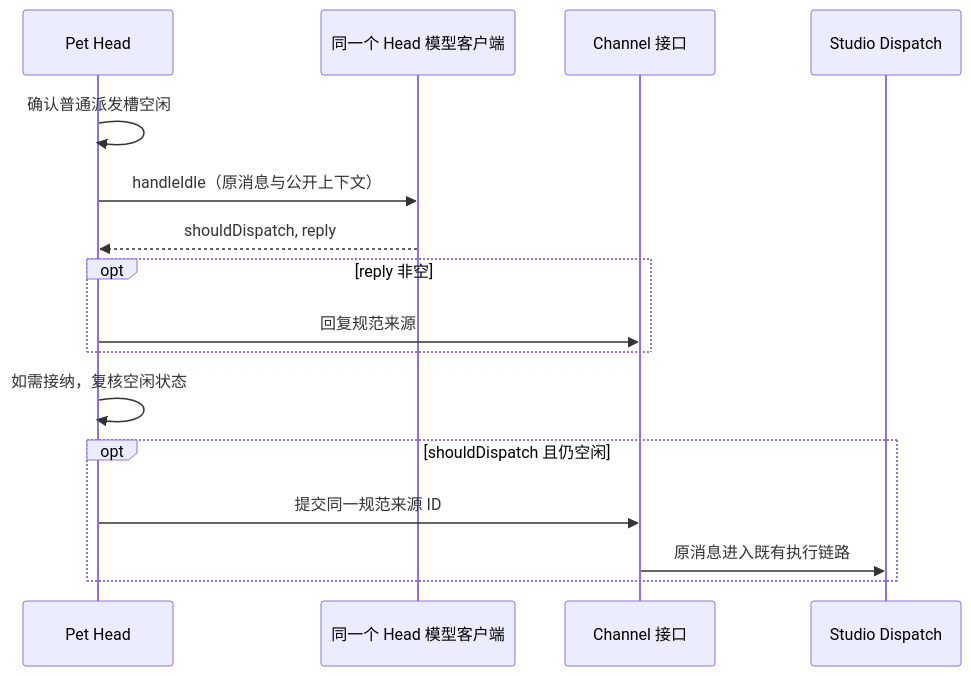
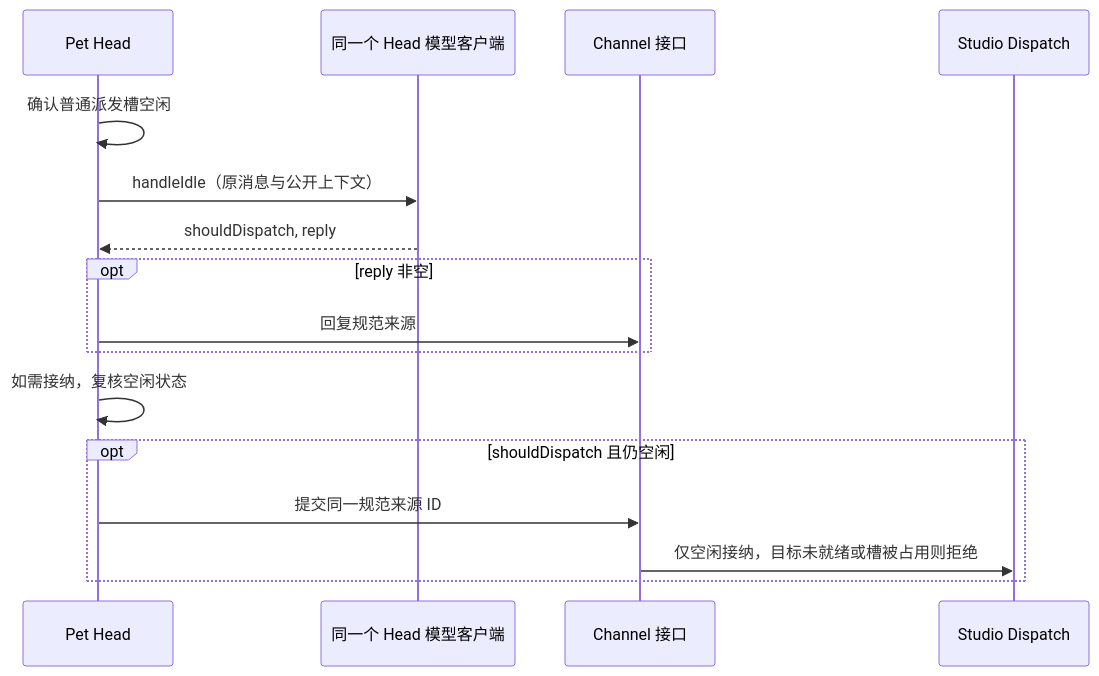
Before and after one commit to pinpawo/pinpawo-agent: the third of 5 diagrams in docs/design/studio/pet-head-mechanism.md, drawn with Mermaid. The commit also changed other lines of this file and 17 other files, not shown here.

````diff
--- a/docs/design/studio/pet-head-mechanism.md
+++ b/docs/design/studio/pet-head-mechanism.md
@@ -80,18 +80,18 @@
 ```mermaid
 sequenceDiagram
     participant H as Pet Head
     participant M as 同一个 Head 模型客户端
     participant C as Channel 接口
     participant D as Studio Dispatch
     H->>H: 确认普通派发槽空闲
     H->>M: handleIdle（原消息与公开上下文）
     M-->>H: shouldDispatch, reply
     opt reply 非空
         H->>C: 回复规范来源
     end
     H->>H: 如需接纳，复核空闲状态
     opt shouldDispatch 且仍空闲
         H->>C: 提交同一规范来源 ID
-        C->>D: 原消息进入既有执行链路
+        C->>D: 仅空闲接纳，目标未就绪或槽被占用则拒绝
     end
 ```
````
